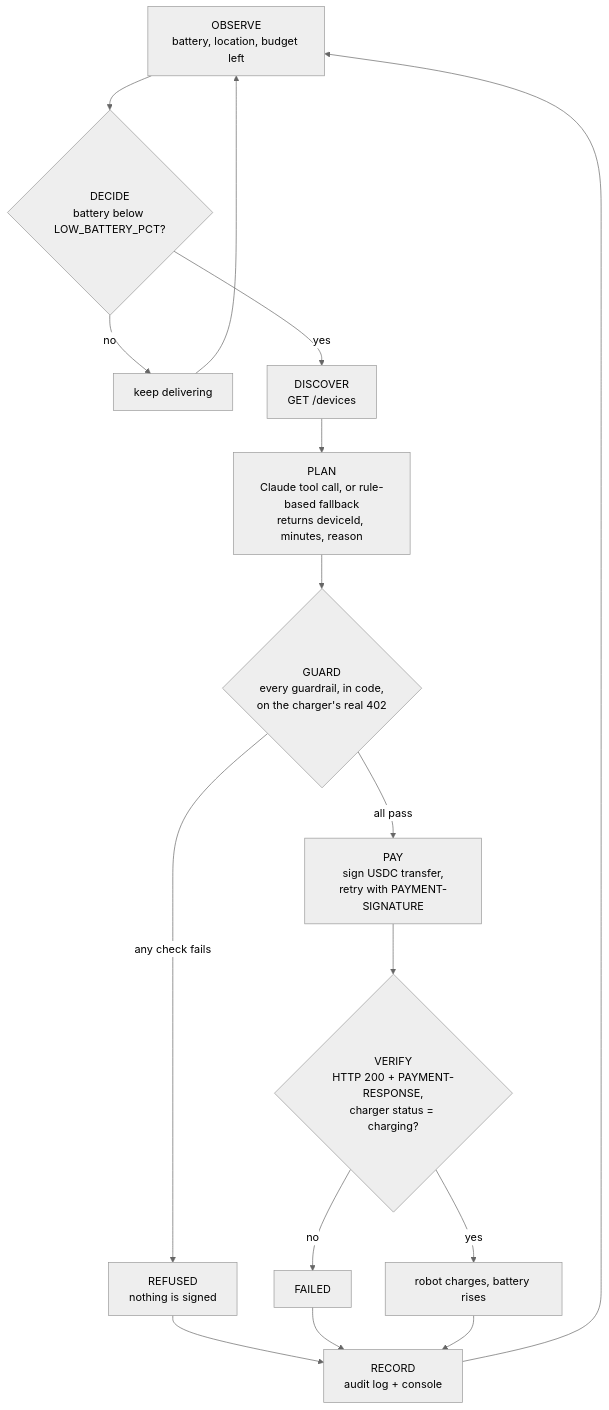
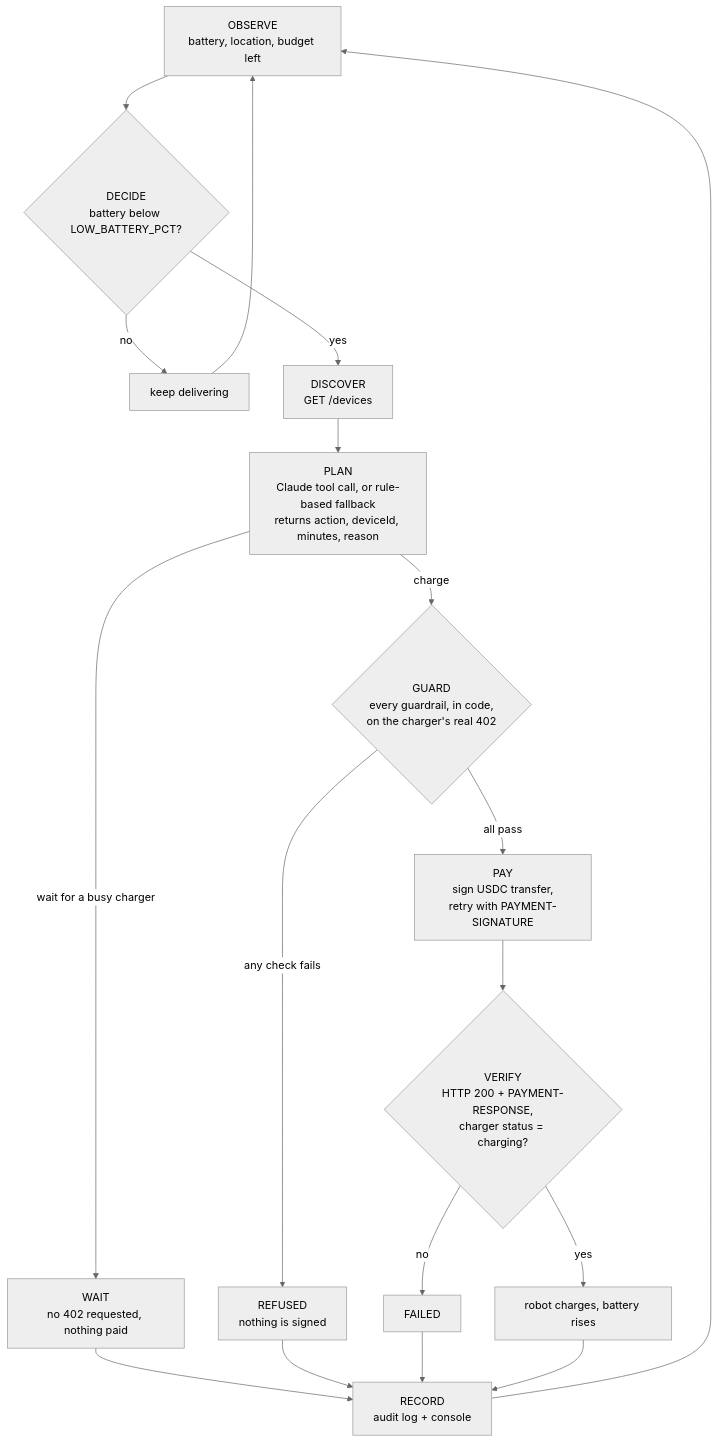
Before and after one commit to TSE-Sol/machine-pay-agent: the diagram in README.md, drawn with Mermaid (neutral theme). The commit also changed other lines of this file and 41 other files, not shown here.

Commit message:
Busy chargers and smarter charger choice

````diff
--- a/README.md
+++ b/README.md
@@ -192,17 +36,19 @@
 ```mermaid
 flowchart TD
     O["OBSERVE<br/>battery, location, budget left"] --> D{"DECIDE<br/>battery below LOW_BATTERY_PCT?"}
     D -- no --> K["keep delivering"] --> O
     D -- yes --> DI["DISCOVER<br/>GET /devices"]
-    DI --> P["PLAN<br/>Claude tool call, or rule-based fallback<br/>returns deviceId, minutes, reason"]
-    P --> G{"GUARD<br/>every guardrail, in code,<br/>on the charger's real 402"}
+    DI --> P["PLAN<br/>Claude tool call, or rule-based fallback<br/>returns action, deviceId, minutes, reason"]
+    P -- wait for a busy charger --> W["WAIT<br/>no 402 requested, nothing paid"]
+    W --> R
+    P -- charge --> G{"GUARD<br/>every guardrail, in code,<br/>on the charger's real 402"}
     G -- any check fails --> X["REFUSED<br/>nothing is signed"]
     G -- all pass --> PAY["PAY<br/>sign USDC transfer,<br/>retry with PAYMENT-SIGNATURE"]
     PAY --> V{"VERIFY<br/>HTTP 200 + PAYMENT-RESPONSE,<br/>charger status = charging?"}
     V -- yes --> C["robot charges, battery rises"]
     V -- no --> F["FAILED"]
     X --> R["RECORD<br/>audit log + console"]
     F --> R
     C --> R
     R --> O
 ```
````
